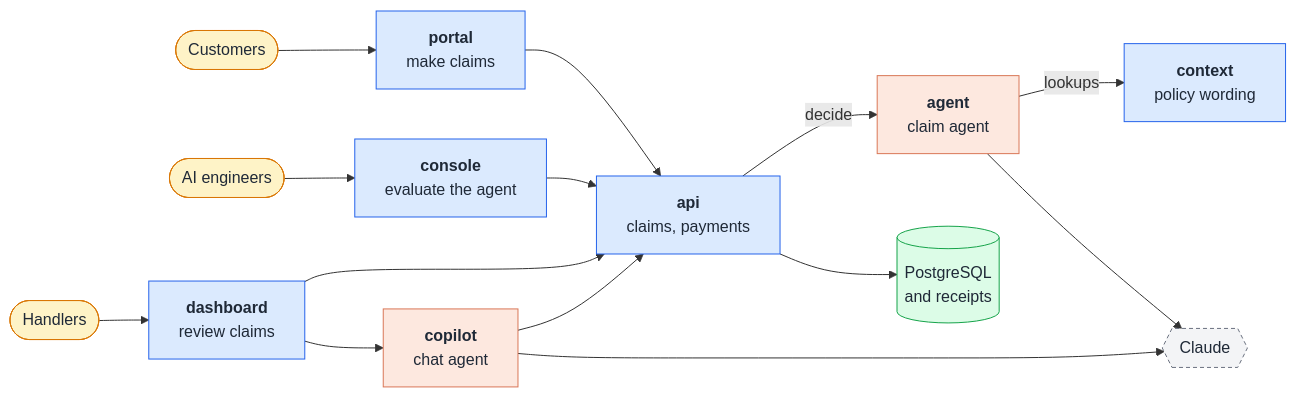
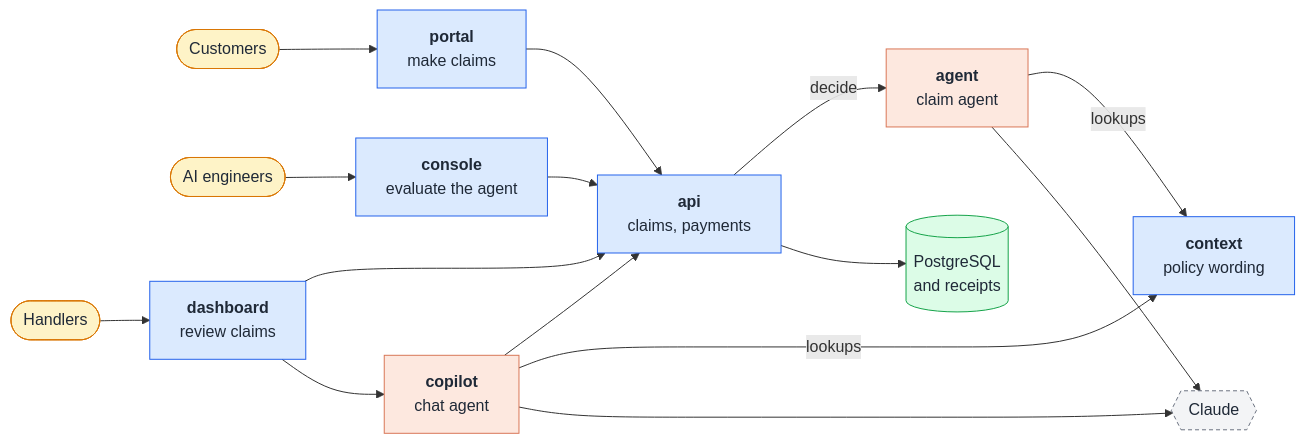
The diagram in README.md (euginevd/travel-claims), drawn with Mermaid before and after one commit. The commit also changed other lines of this file and 229 other files, not shown here.

````diff
--- a/README.md
+++ b/README.md
@@ -53,38 +55,39 @@
 ```mermaid
 flowchart LR
   customer([Customers])
   handler([Handlers])
   engineer([AI engineers])
 
   portal["<b>portal</b><br/>make claims"]
   dashboard["<b>dashboard</b><br/>review claims"]
   console["<b>console</b><br/>evaluate the agent"]
   api["<b>api</b><br/>claims, payments"]
   copilot["<b>copilot</b><br/>chat agent"]
   agent["<b>agent</b><br/>claim agent"]
   context["<b>context</b><br/>policy wording"]
   data[("PostgreSQL<br/>and receipts")]
   claude{{"Claude"}}
 
   customer --> portal --> api
   handler --> dashboard --> api
   engineer --> console --> api
   dashboard --> copilot --> api
+  copilot -->|lookups| context
   api -->|decide| agent
   agent -->|lookups| context
   agent --> claude
   copilot --> claude
   api --> data
 
   classDef person fill:#fef3c7,stroke:#d97706,color:#1f2937
   classDef app fill:#dbeafe,stroke:#2563eb,color:#1f2937
   classDef ai fill:#fde8df,stroke:#d97757,color:#1f2937
   classDef store fill:#dcfce7,stroke:#16a34a,color:#1f2937
   classDef external fill:#f3f4f6,stroke:#6b7280,color:#1f2937,stroke-dasharray:4 3
 
   class customer,handler,engineer person
   class portal,dashboard,console,api,context app
   class agent,copilot ai
   class data store
   class claude external
 ```
````
